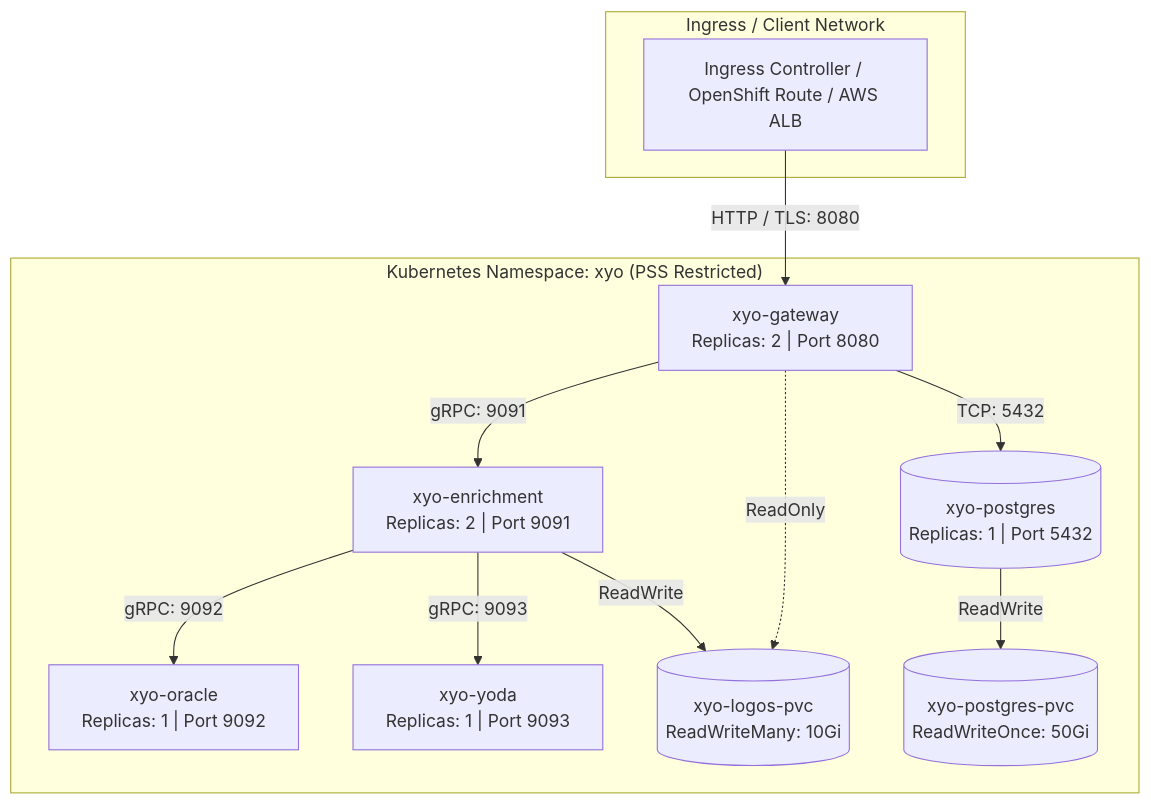
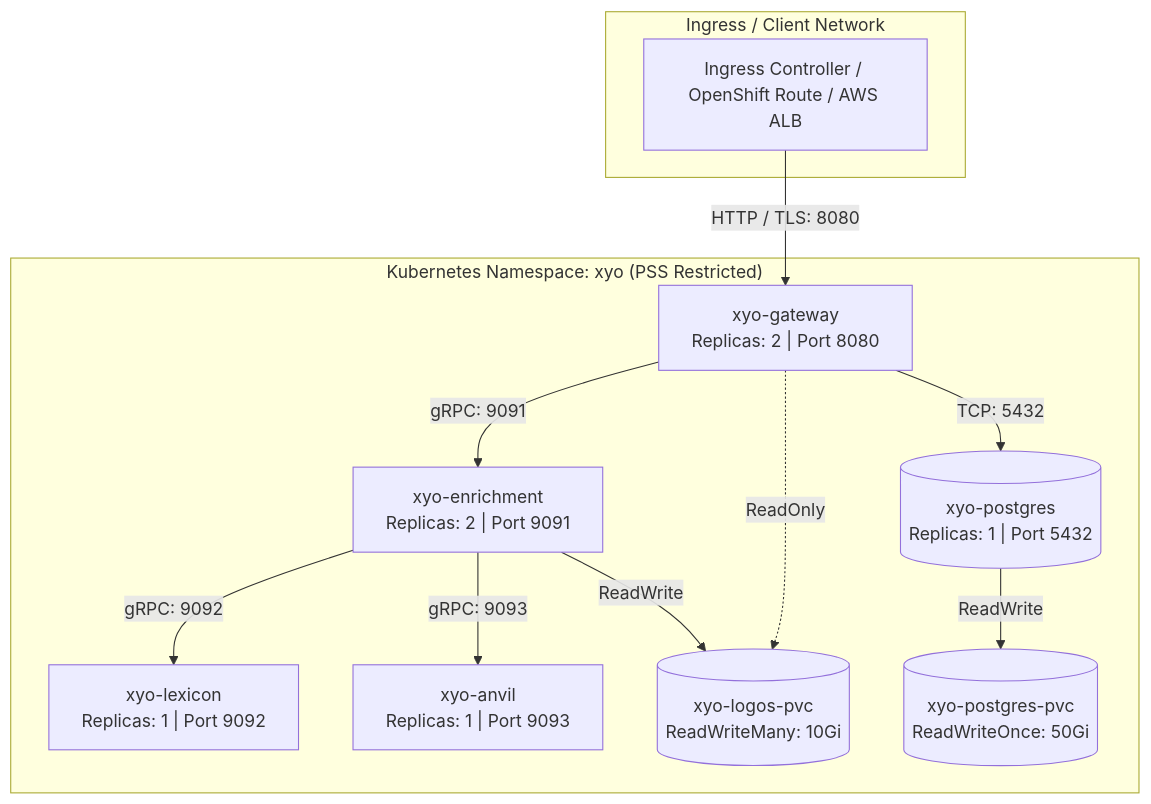
The diagram in onboarding/enterprise-gov/kubernetes/README.md (xyo-financial/xyo-financial), drawn with Mermaid before and after one commit. The commit also changed other lines of this file and 17 other files, not shown here.

````diff
--- a/onboarding/enterprise-gov/kubernetes/README.md
+++ b/onboarding/enterprise-gov/kubernetes/README.md
@@ -11,26 +11,26 @@
 ```mermaid
 flowchart TD
     subgraph IngressNet ["Ingress / Client Network"]
         Ingress["Ingress Controller / OpenShift Route / AWS ALB"]
     end
 
     subgraph K8sNamespace ["Kubernetes Namespace: xyo (PSS Restricted)"]
         GW["xyo-gateway<br/>Replicas: 2 | Port 8080"]
         ENR["xyo-enrichment<br/>Replicas: 2 | Port 9091"]
-        ORA["xyo-oracle<br/>Replicas: 1 | Port 9092"]
-        YOD["xyo-yoda<br/>Replicas: 1 | Port 9093"]
+        ORA["xyo-lexicon<br/>Replicas: 1 | Port 9092"]
+        YOD["xyo-anvil<br/>Replicas: 1 | Port 9093"]
         PG[("xyo-postgres<br/>Replicas: 1 | Port 5432")]
         
         PVC_LOGOS[("xyo-logos-pvc<br/>ReadWriteMany: 10Gi")]
         PVC_PG[("xyo-postgres-pvc<br/>ReadWriteOnce: 50Gi")]
     end
 
     Ingress -->|"HTTP / TLS: 8080"| GW
     GW -->|"gRPC: 9091"| ENR
     GW -->|"TCP: 5432"| PG
     ENR -->|"gRPC: 9092"| ORA
     ENR -->|"gRPC: 9093"| YOD
     ENR -->|"ReadWrite"| PVC_LOGOS
     GW -.->|"ReadOnly"| PVC_LOGOS
     PG -->|"ReadWrite"| PVC_PG
 ```
````
